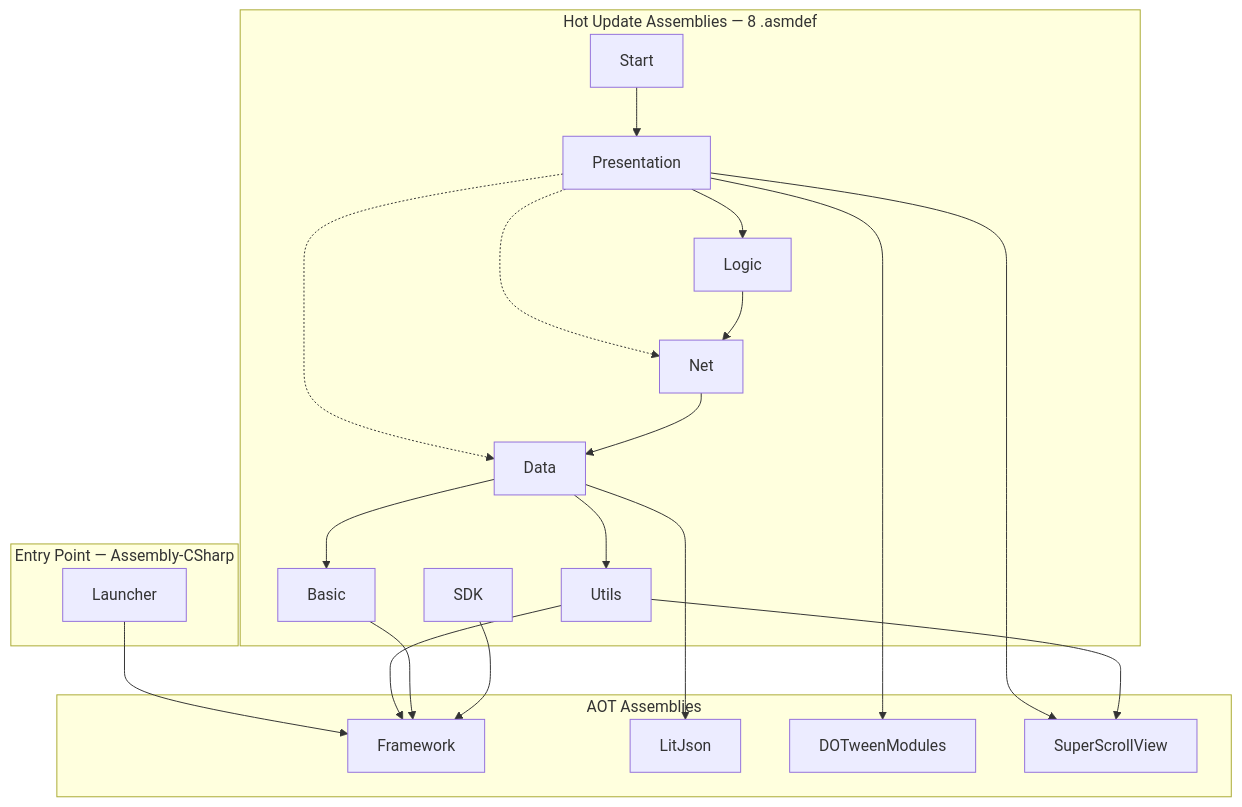
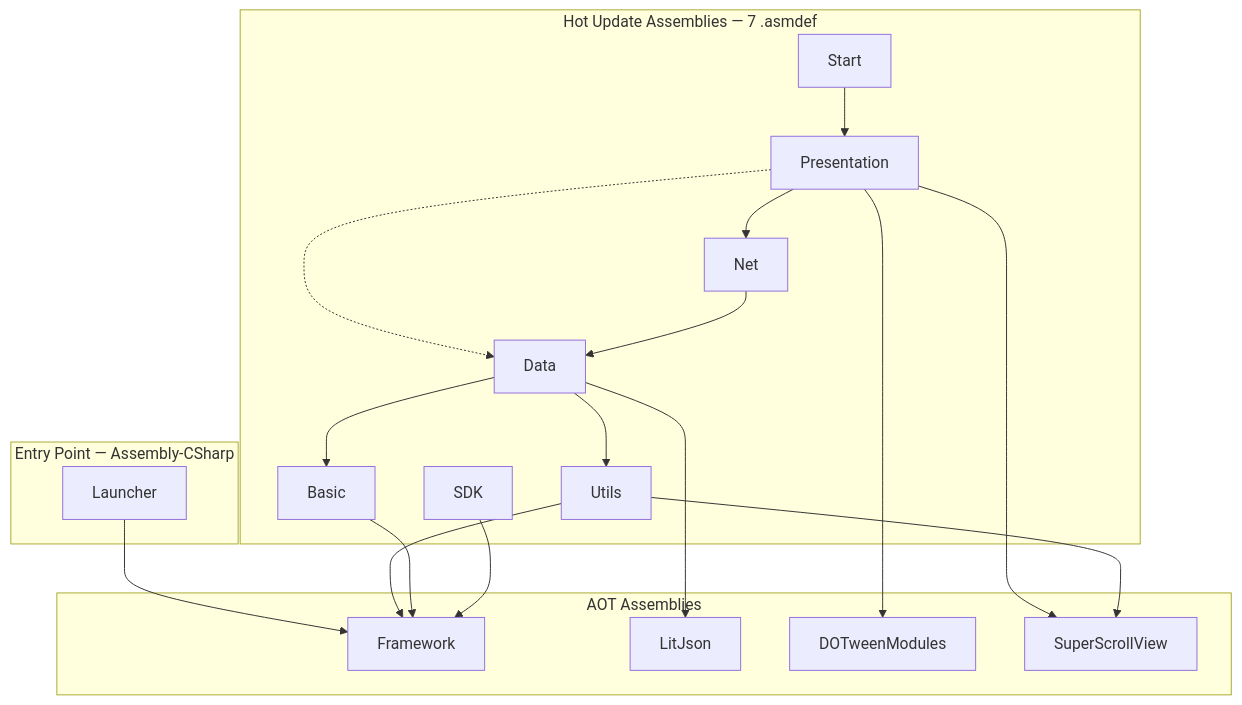
Before and after one commit to zlex001/LOA-Client: the first of 6 diagrams in Documents/Architecture/客户端分层架构.md, drawn with Mermaid. The commit also changed other lines of this file and 8 other files, not shown here.

````diff
--- a/Documents/Architecture/客户端分层架构.md
+++ b/Documents/Architecture/客户端分层架构.md
@@ -4,42 +4,39 @@
 ```mermaid
 graph TB
     subgraph entry ["Entry Point — Assembly-CSharp"]
         Launcher[Launcher]
     end
 
-    subgraph hotUpdate ["Hot Update Assemblies — 8 .asmdef"]
+    subgraph hotUpdate ["Hot Update Assemblies — 7 .asmdef"]
         Start[Start]
         Presentation[Presentation]
-        Logic[Logic]
         Net[Net]
         Data[Data]
         Utils[Utils]
         Basic[Basic]
         SDK[SDK]
     end
 
     subgraph aot ["AOT Assemblies"]
         Framework[Framework]
         LitJson[LitJson]
         DOTweenModules[DOTweenModules]
         SuperScrollView[SuperScrollView]
     end
 
     Launcher --> Framework
 
     Start --> Presentation
-    Presentation --> Logic
+    Presentation --> Net
     Presentation -.-> Data
-    Presentation -.-> Net
     Presentation --> DOTweenModules
     Presentation --> SuperScrollView
-    Logic --> Net
     Net --> Data
     Data --> Utils
     Data --> Basic
     Data --> LitJson
     Utils --> Framework
     Utils --> SuperScrollView
     Basic --> Framework
     SDK --> Framework
 ```
````
